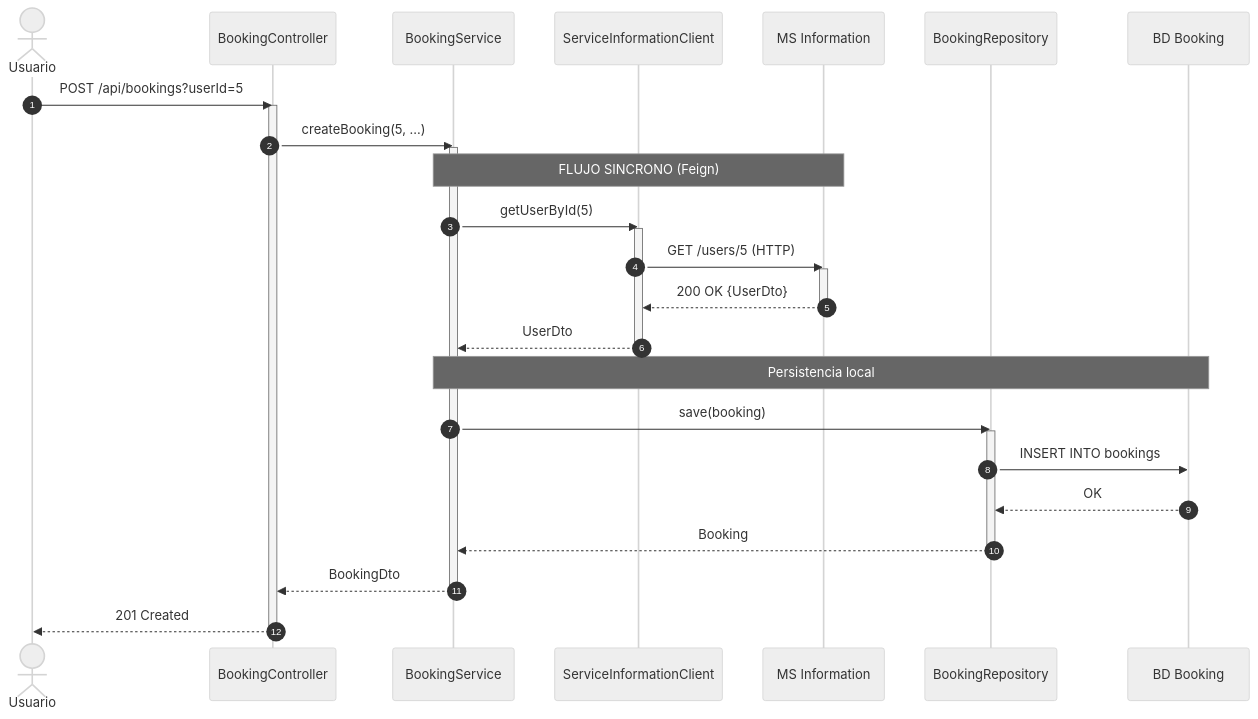
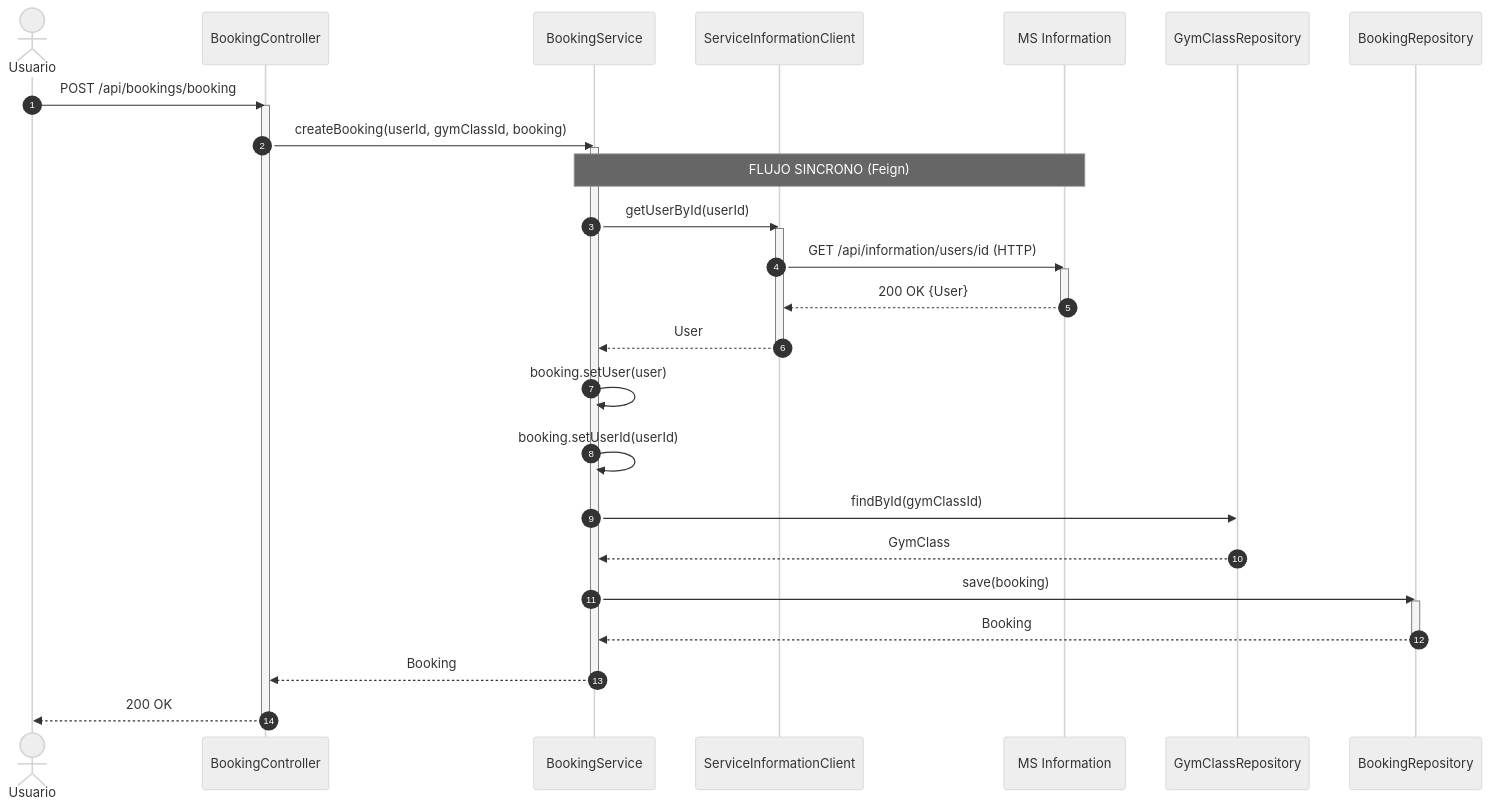
Before and after one commit to arielhurtado/springbootexamples: the third of 8 diagrams in BokingGymNewVersion/architecture.md, drawn with Mermaid (neutral theme). The commit also changed other lines of this file, not shown here.

Commit message:
Update architecture complaint with the code

````diff
--- a/BokingGymNewVersion/architecture.md
+++ b/BokingGymNewVersion/architecture.md
@@ -182,39 +114,42 @@
 ```mermaid
 sequenceDiagram
     autonumber
     actor U as Usuario
     participant C as BookingController
     participant S as BookingService
     participant F as ServiceInformationClient
     participant I as MS Information
-    participant R as BookingRepository
-    participant DB as BD Booking
+    participant GR as GymClassRepository
+    participant BR as BookingRepository
 
-    U->>C: POST /api/bookings?userId=5
+    U->>C: POST /api/bookings/booking
     activate C
-    C->>S: createBooking(5, ...)
+    C->>S: createBooking(userId, gymClassId, booking)
     activate S
 
     Note over S,I: FLUJO SINCRONO (Feign)
-    S->>F: getUserById(5)
+    S->>F: getUserById(userId)
     activate F
-    F->>I: GET /users/5 (HTTP)
+    F->>I: GET /api/information/users/id (HTTP)
     activate I
-    I-->>F: 200 OK {UserDto}
+    I-->>F: 200 OK {User}
     deactivate I
-    F-->>S: UserDto
+    F-->>S: User
     deactivate F
 
-    Note over S,DB: Persistencia local
-    S->>R: save(booking)
-    activate R
-    R->>DB: INSERT INTO bookings
-    DB-->>R: OK
-    R-->>S: Booking
-    deactivate R
+    S->>S: booking.setUser(user)
+    S->>S: booking.setUserId(userId)
 
-    S-->>C: BookingDto
+    S->>GR: findById(gymClassId)
+    GR-->>S: GymClass
+
+    S->>BR: save(booking)
+    activate BR
+    BR-->>S: Booking
+    deactivate BR
+
+    S-->>C: Booking
     deactivate S
-    C-->>U: 201 Created
+    C-->>U: 200 OK
     deactivate C
 ```
````
